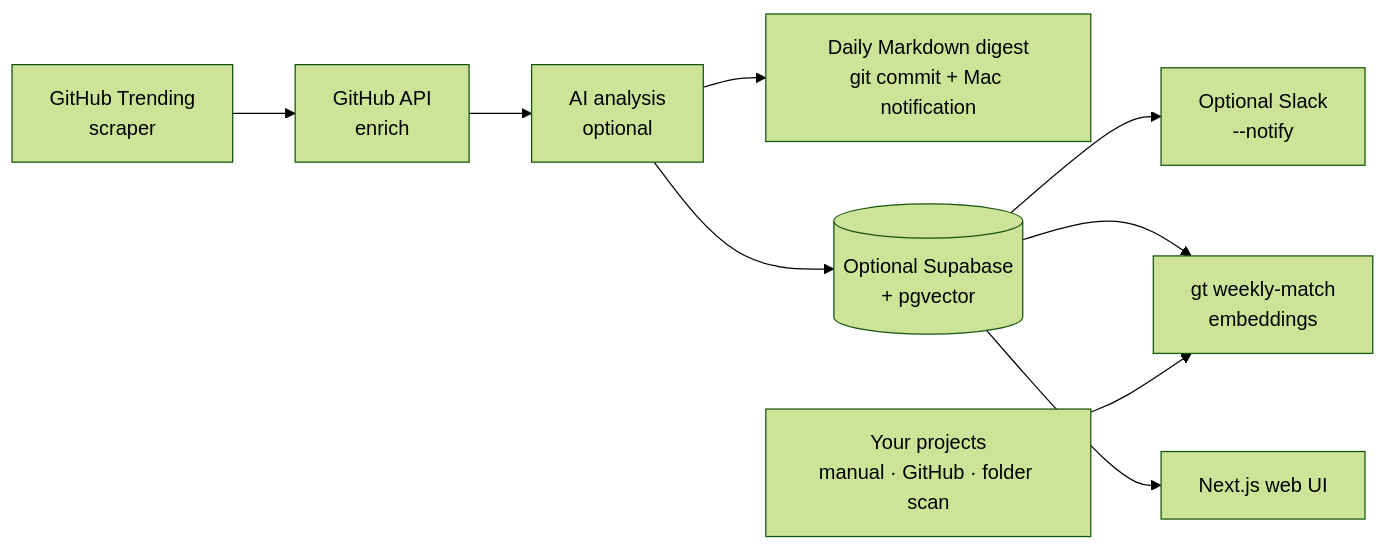
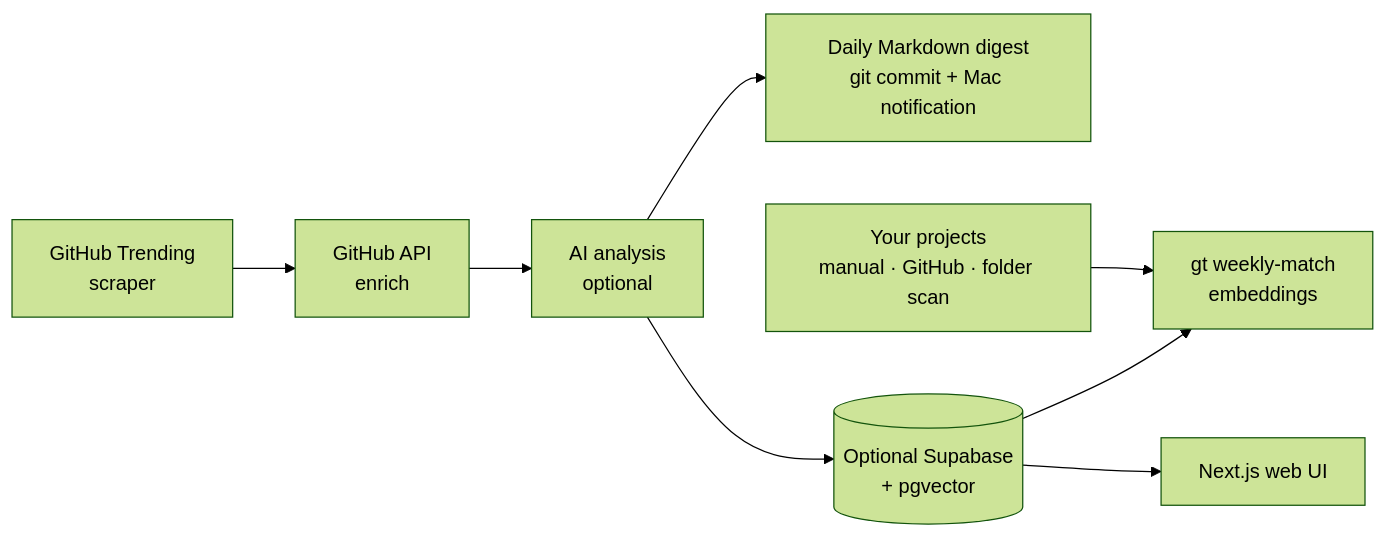
Before and after one commit to kks0488/repofit: the diagram in README.md, drawn with Mermaid (forest theme). The commit also changed other lines of this file and 18 other files, not shown here.

````diff
--- a/README.md
+++ b/README.md
@@ -184,11 +184,10 @@
 ```mermaid
 flowchart LR
     A[GitHub Trending<br/>scraper] --> B[GitHub API<br/>enrich]
     B --> C[AI analysis<br/>optional]
     C --> J[Daily Markdown digest<br/>git commit + Mac notification]
     C --> D[(Optional Supabase<br/>+ pgvector)]
-    D --> E[Optional Slack<br/>--notify]
     D --> F[gt weekly-match<br/>embeddings]
     G[Your projects<br/>manual · GitHub · folder scan] --> F
     D --> H[Next.js web UI]
 ```
````
